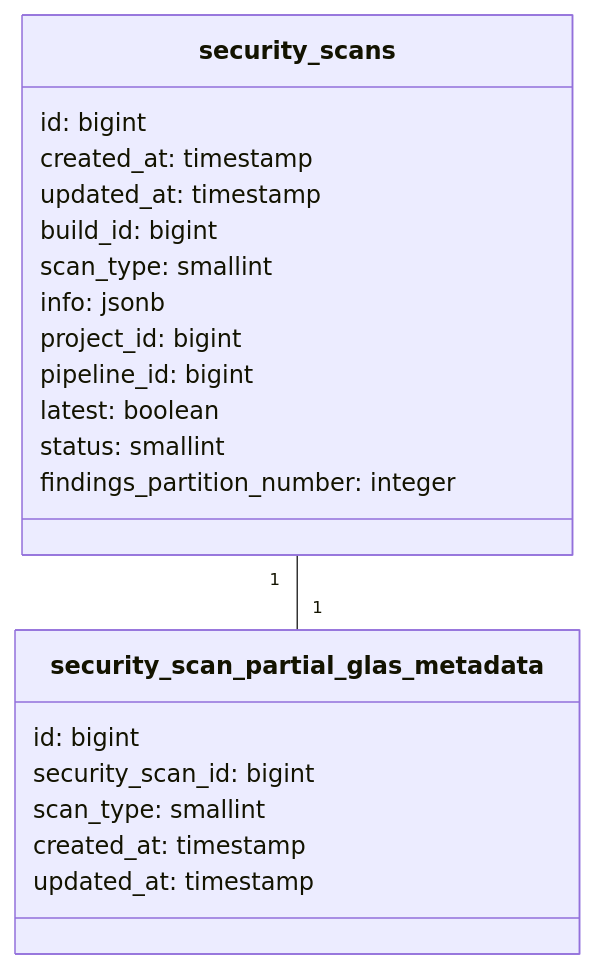
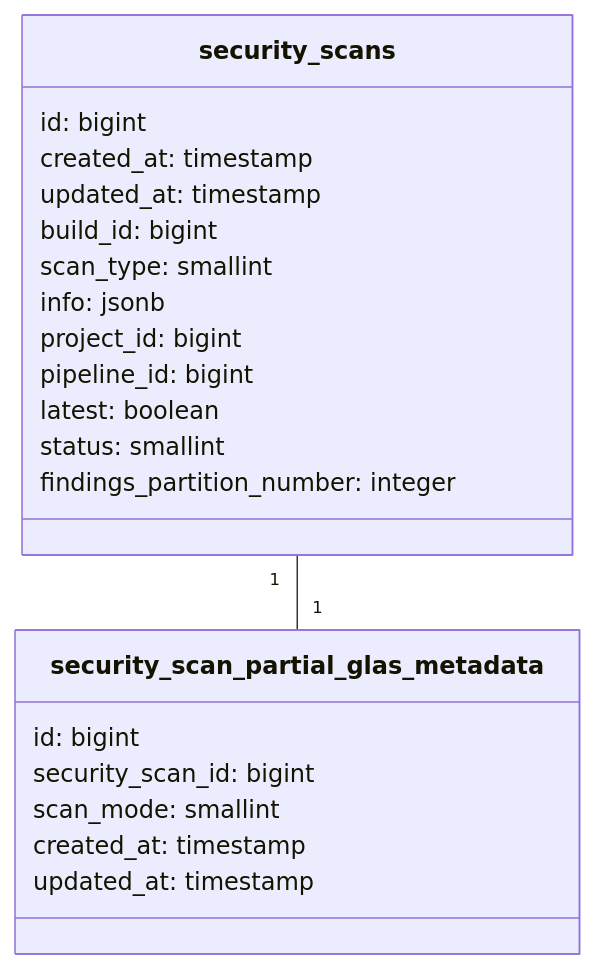
The second of 2 diagrams in content/handbook/engineering/architecture/design-documents/sast_glas_diff_scan/_index.md (zalyoung/gitlab-handbook), drawn with Mermaid before and after one commit. The commit also changed other lines of this file, not shown here.

````diff
--- a/content/handbook/engineering/architecture/design-documents/sast_glas_diff_scan/_index.md
+++ b/content/handbook/engineering/architecture/design-documents/sast_glas_diff_scan/_index.md
@@ -86,26 +86,26 @@
 ```mermaid
 classDiagram
     class security_scans {
         id: bigint
         created_at: timestamp
         updated_at: timestamp
         build_id: bigint
         scan_type: smallint
         info: jsonb
         project_id: bigint
         pipeline_id: bigint
         latest: boolean
         status: smallint
         findings_partition_number: integer
     }
     
     class security_scan_partial_glas_metadata {
         id: bigint
         security_scan_id: bigint
-        scan_type: smallint
+        scan_mode: smallint
         created_at: timestamp
         updated_at: timestamp
     }
     
     security_scans "1" -- "1" security_scan_partial_glas_metadata
 ```
````
